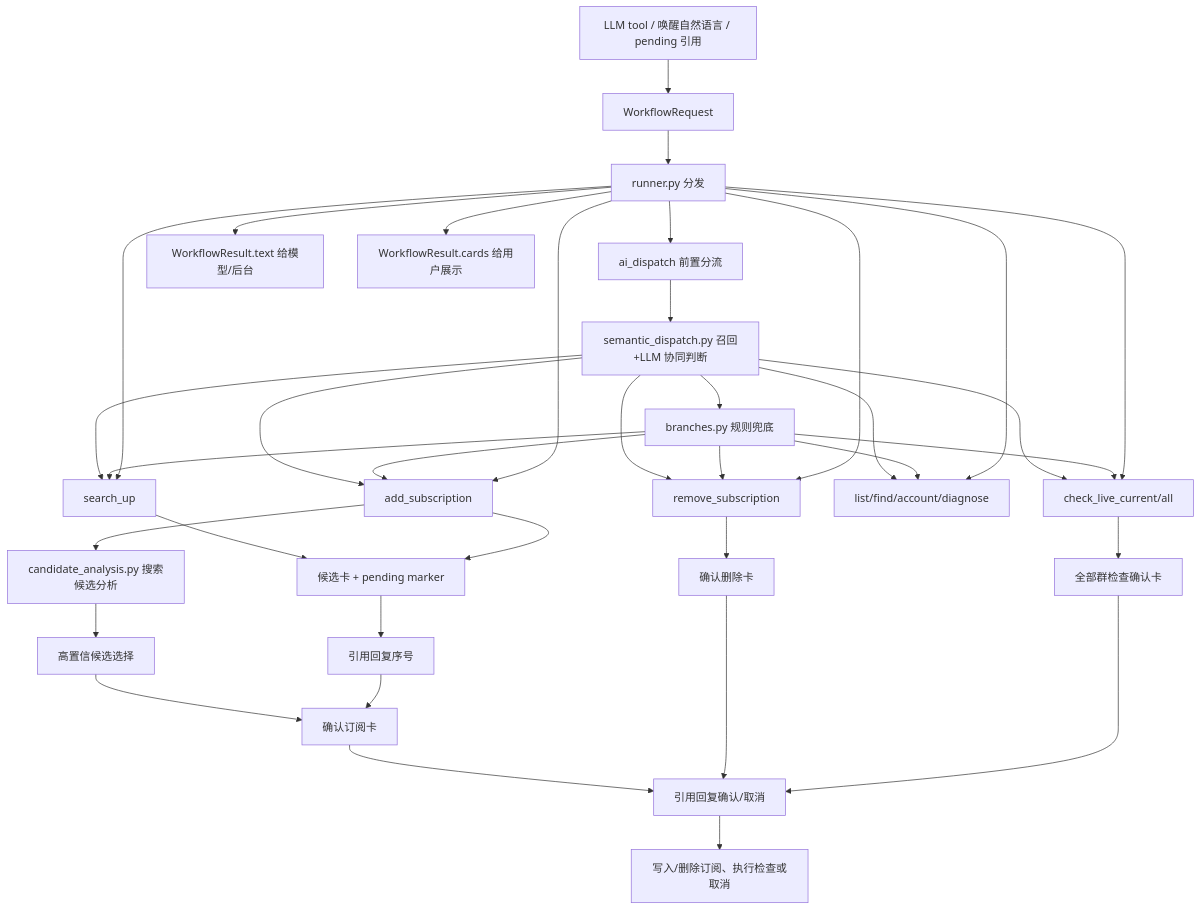
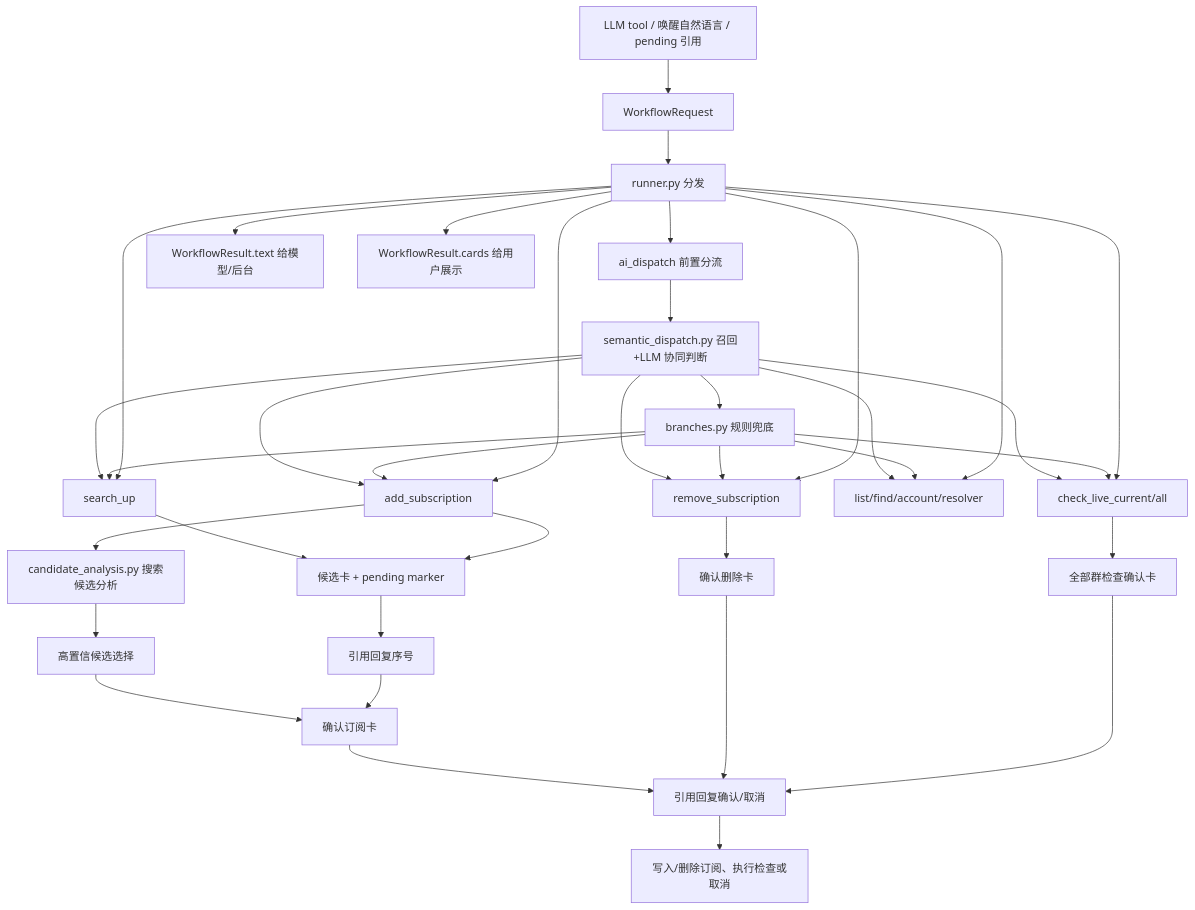
The diagram in workflows/workflows.md (memoriass/astrbot_plugin_bilibili_push), drawn with Mermaid before and after one commit. The commit also changed other lines of this file and 10 other files, not shown here.

````diff
--- a/workflows/workflows.md
+++ b/workflows/workflows.md
@@ -53,38 +53,38 @@
 ```mermaid
 flowchart TD
     Entry["LLM tool / 唤醒自然语言 / pending 引用"] --> Request["WorkflowRequest"]
     Request --> Runner["runner.py 分发"]
     Runner --> Dispatch["ai_dispatch 前置分流"]
     Dispatch --> Semantic["semantic_dispatch.py 召回+LLM 协同判断"]
     Semantic --> Branches["branches.py 规则兜底"]
     Semantic --> Search
     Semantic --> Add
     Semantic --> Remove
     Semantic --> Manage
     Semantic --> LiveCheck
     Branches --> Search
     Branches --> Add
     Branches --> Remove
     Branches --> Manage
     Branches --> LiveCheck
     Runner --> Search["search_up"]
     Runner --> Add["add_subscription"]
     Runner --> Remove["remove_subscription"]
-    Runner --> Manage["list/find/account/diagnose"]
+    Runner --> Manage["list/find/account/resolver"]
     Runner --> LiveCheck["check_live_current/all"]
     Search --> CandidateCard["候选卡 + pending marker"]
     Add --> CandidateAI["candidate_analysis.py 搜索候选分析"]
     CandidateAI --> Select["高置信候选选择"]
     Select --> Confirm["确认订阅卡"]
     Add --> CandidateCard
     CandidateCard --> Continue["引用回复序号"]
     Continue --> Confirm
     Remove --> RemoveConfirm["确认删除卡"]
     LiveCheck --> LiveAllConfirm["全部群检查确认卡"]
     Confirm --> UserConfirm["引用回复确认/取消"]
     RemoveConfirm --> UserConfirm
     LiveAllConfirm --> UserConfirm
     UserConfirm --> Write["写入/删除订阅、执行检查或取消"]
     Runner --> Text["WorkflowResult.text 给模型/后台"]
     Runner --> Cards["WorkflowResult.cards 给用户展示"]
 ```
````
